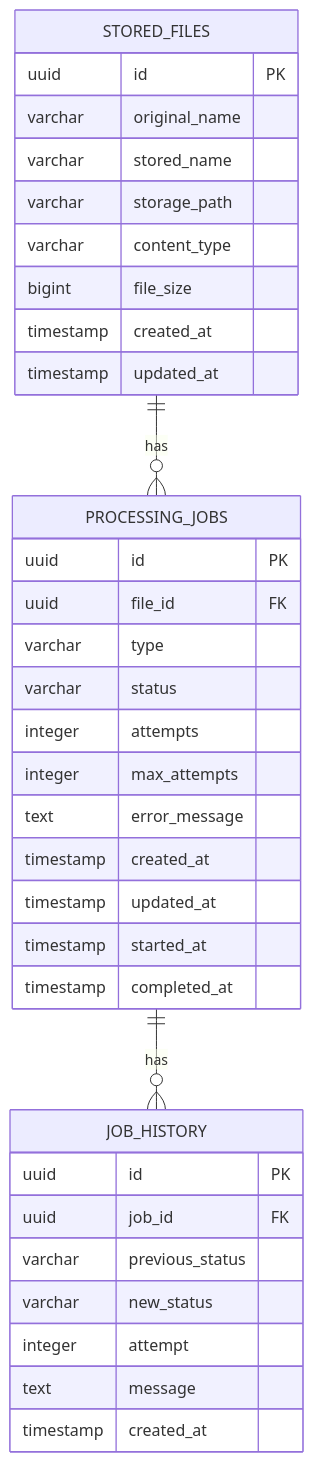
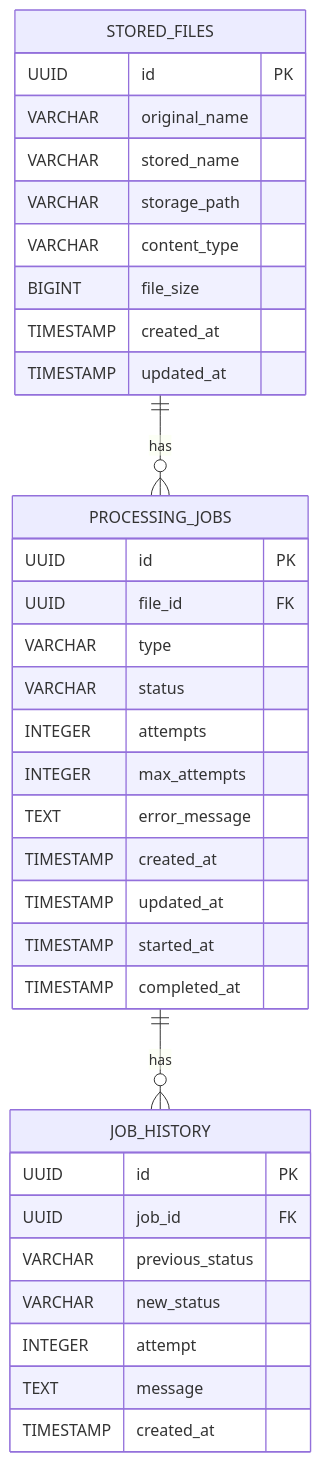
Before and after one commit to Atharvkote/spring-boot-async-processing-rabbitmq: diagram 18 of 23 in README.md, drawn with Mermaid. The commit also changed other lines of this file, not shown here.

````diff
--- a/README.md
+++ b/README.md
@@ -648,41 +705,41 @@
 ```mermaid
 erDiagram
 
     STORED_FILES ||--o{ PROCESSING_JOBS : "has"
     PROCESSING_JOBS ||--o{ JOB_HISTORY : "has"
 
     STORED_FILES {
-        uuid id PK
-        varchar original_name
-        varchar stored_name
-        varchar storage_path
-        varchar content_type
-        bigint file_size
-        timestamp created_at
-        timestamp updated_at
+        UUID id PK
+        VARCHAR original_name
+        VARCHAR stored_name
+        VARCHAR storage_path
+        VARCHAR content_type
+        BIGINT file_size
+        TIMESTAMP created_at
+        TIMESTAMP updated_at
     }
 
     PROCESSING_JOBS {
-        uuid id PK
-        uuid file_id FK
-        varchar type
-        varchar status
-        integer attempts
-        integer max_attempts
-        text error_message
-        timestamp created_at
-        timestamp updated_at
-        timestamp started_at
-        timestamp completed_at
+        UUID id PK
+        UUID file_id FK
+        VARCHAR type
+        VARCHAR status
+        INTEGER attempts
+        INTEGER max_attempts
+        TEXT error_message
+        TIMESTAMP created_at
+        TIMESTAMP updated_at
+        TIMESTAMP started_at
+        TIMESTAMP completed_at
     }
 
     JOB_HISTORY {
-        uuid id PK
-        uuid job_id FK
-        varchar previous_status
-        varchar new_status
-        integer attempt
-        text message
-        timestamp created_at
+        UUID id PK
+        UUID job_id FK
+        VARCHAR previous_status
+        VARCHAR new_status
+        INTEGER attempt
+        TEXT message
+        TIMESTAMP created_at
     }
 ```
````
